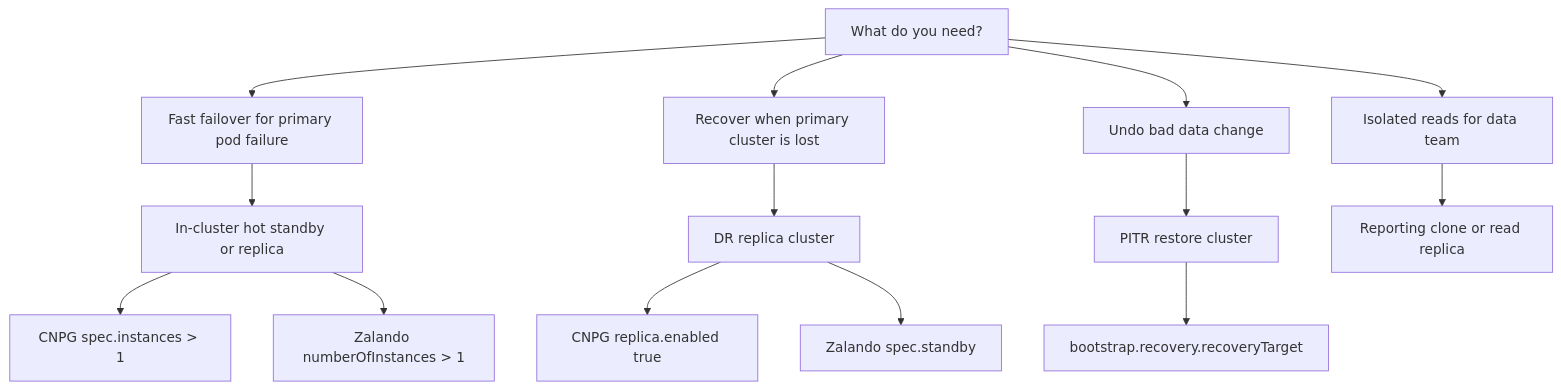
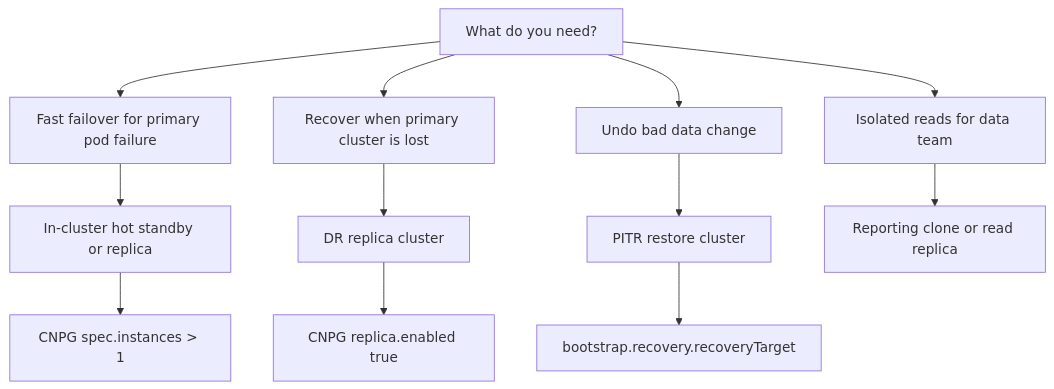
The second of 7 diagrams in docs/databases/010-drp.md (duynhlab/homelab), drawn with Mermaid before and after one commit. The commit also changed other lines of this file and 243 other files, not shown here.

````diff
--- a/docs/databases/010-drp.md
+++ b/docs/databases/010-drp.md
@@ -175,19 +176,17 @@
 ```mermaid
 flowchart TB
   incident["What do you need?"]
   incident --> ha["Fast failover for primary pod failure"]
   incident --> dr["Recover when primary cluster is lost"]
   incident --> pitr["Undo bad data change"]
   incident --> reporting["Isolated reads for data team"]
 
   ha --> hotStandby["In-cluster hot standby or replica"]
   dr --> replicaCluster["DR replica cluster"]
   pitr --> restoreCluster["PITR restore cluster"]
   reporting --> reportingClone["Reporting clone or read replica"]
 
   hotStandby --> cnpgInstances["CNPG spec.instances > 1"]
-  hotStandby --> zalandoInstances["Zalando numberOfInstances > 1"]
   replicaCluster --> cnpgReplica["CNPG replica.enabled true"]
-  replicaCluster --> zalandoStandby["Zalando spec.standby"]
   restoreCluster --> recoveryTarget["bootstrap.recovery.recoveryTarget"]
 ```
````
